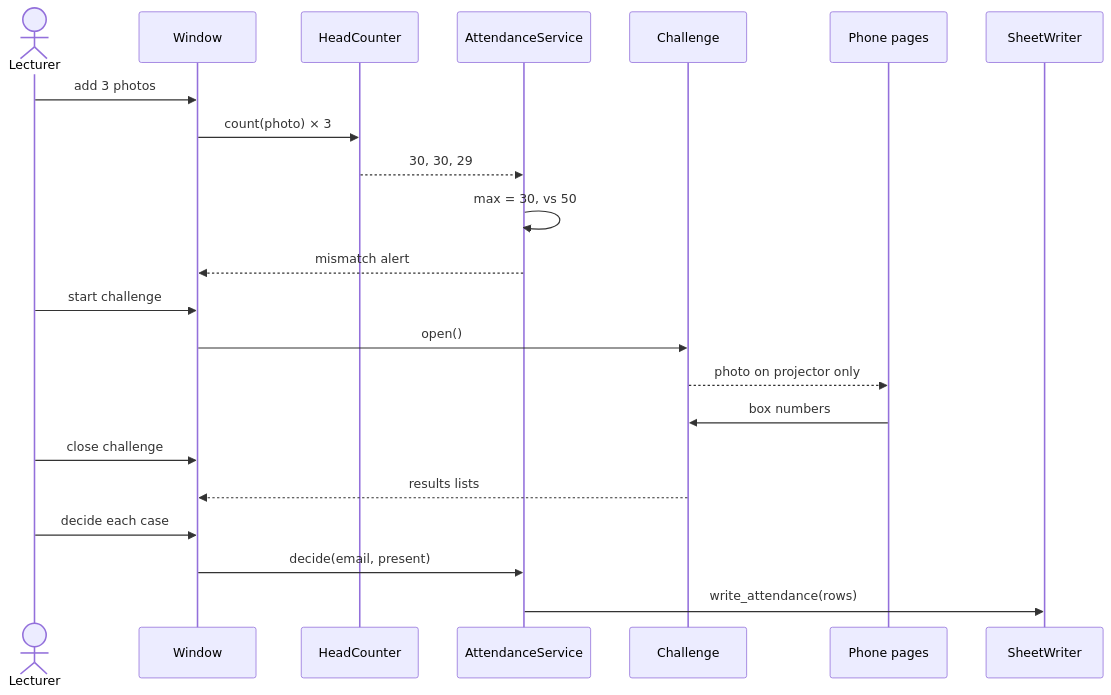
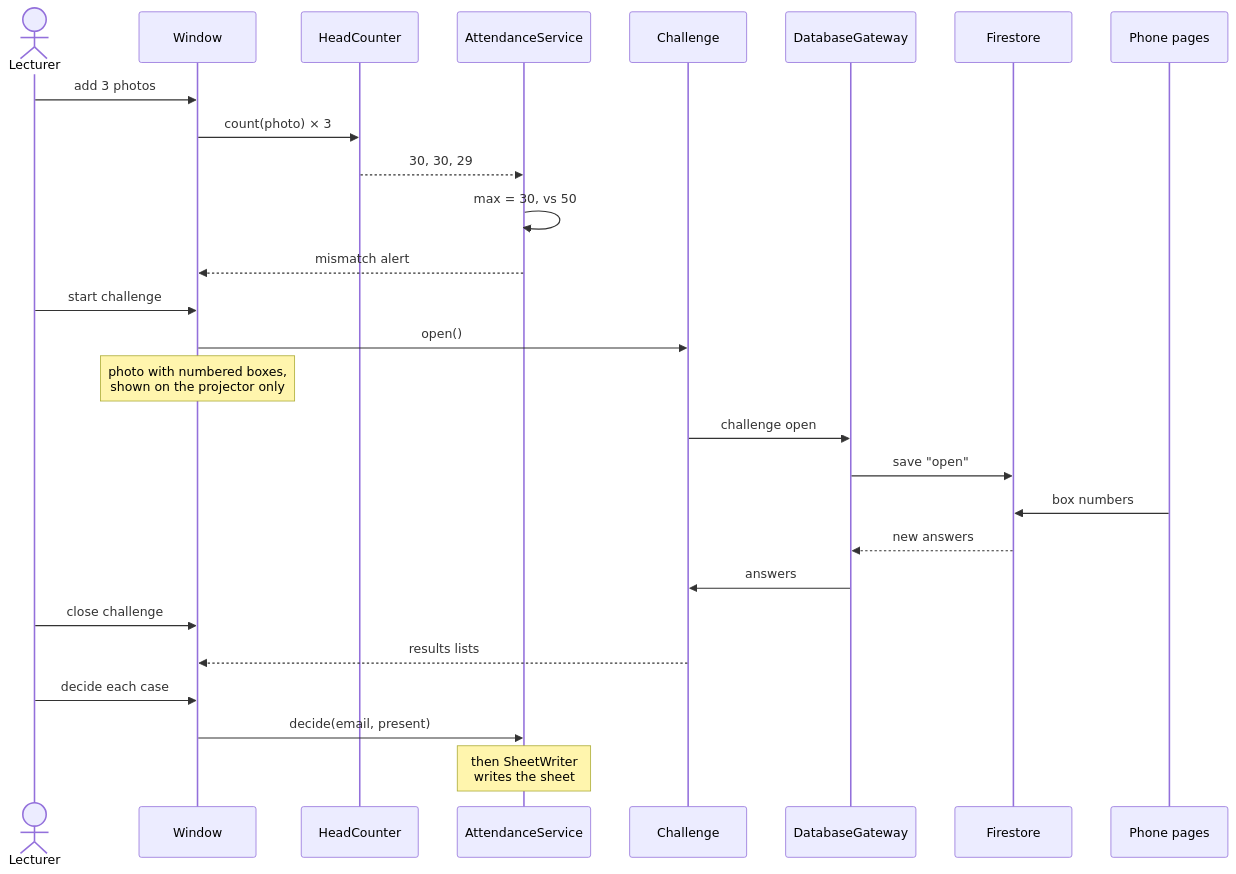
One commit to yonatanShoval/OOP_Exercise2 changed diagram 11 of 15 in docs/design.md. Above: the diagram before and after it, drawn with Mermaid. The commit also changed other lines of this file and 4 other files, not shown here.

First line of the commit message:
Step 8 fixes: LlmEngine name, dependency direction, DatabaseGateway, challenge data path

````diff
--- a/docs/design.md
+++ b/docs/design.md
@@ -426,24 +428,29 @@
 ```mermaid
 sequenceDiagram
     actor L as Lecturer
     participant W as Window
     participant H as HeadCounter
     participant A as AttendanceService
     participant Ch as Challenge
+    participant G as DatabaseGateway
+    participant F as Firestore
     participant P as Phone pages
-    participant X as SheetWriter
     L->>W: add 3 photos
     W->>H: count(photo) × 3
     H-->>A: 30, 30, 29
     A->>A: max = 30, vs 50
     A-->>W: mismatch alert
     L->>W: start challenge
     W->>Ch: open()
-    Ch-->>P: photo on projector only
-    P->>Ch: box numbers
+    Note over W: photo with numbered boxes,<br/>shown on the projector only
+    Ch->>G: challenge open
+    G->>F: save "open"
+    P->>F: box numbers
+    F-->>G: new answers
+    G->>Ch: answers
     L->>W: close challenge
     Ch-->>W: results lists
     L->>W: decide each case
     W->>A: decide(email, present)
-    A->>X: write_attendance(rows)
+    Note over A: then SheetWriter<br/>writes the sheet
 ```
````
